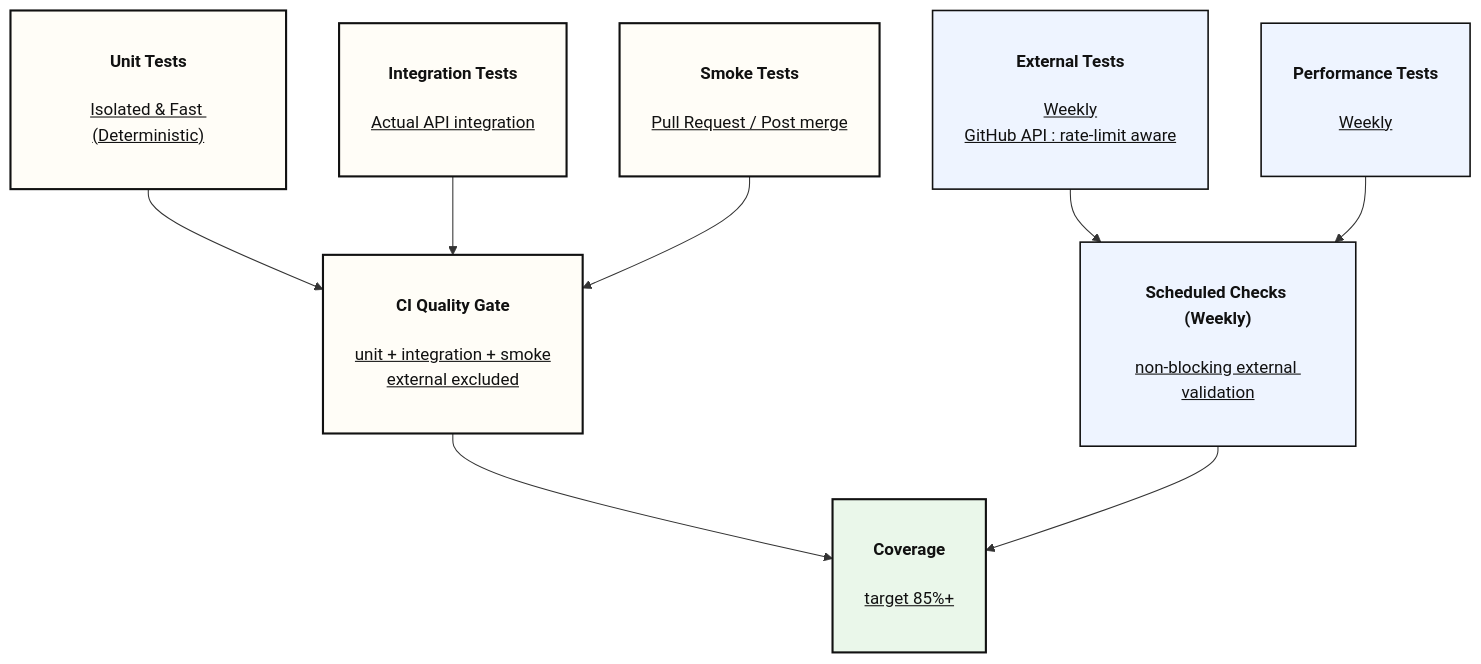
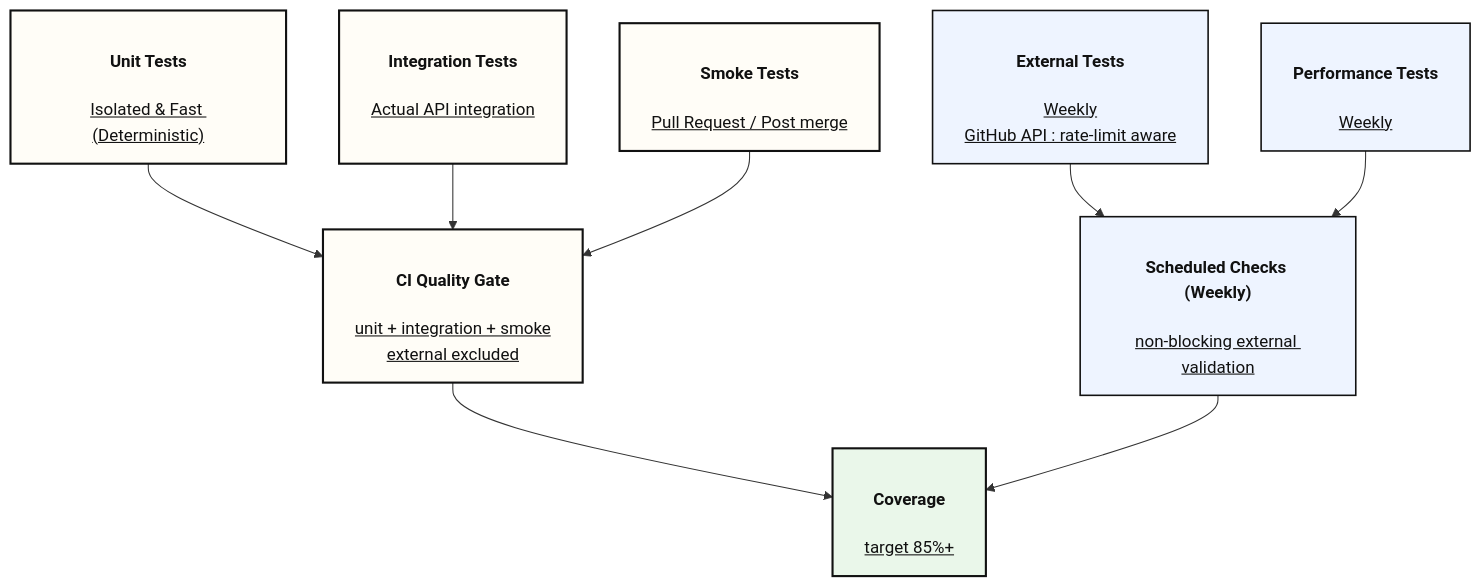
One commit to yaoki-dev/api-test-devops-portfolio changed the third of 4 diagrams in README.md. Above: the diagram before and after it, drawn with Mermaid. The commit also changed other lines of this file, not shown here.

First line of the commit message:
docs(readme): mermaid図のノードラベル改行位置を調整

````diff
--- a/README.md
+++ b/README.md
@@ -128,36 +121,29 @@
 ```mermaid
 flowchart TD
-    A["<h4>Unit Tests</h4><u>Isolated & Fast (Deterministic)</u>
-    <br/>"]
+    A["<h4>Unit Tests</h4><u>Isolated & Fast (Deterministic)</u>"]
     B["<h4>Integration Tests</h4><u>Actual API integration</u>
     <br/>"]
-    G["<h4>Smoke Tests</h4><u>Pull Request / Post merge</u>
-    <br/>"]
+    G["<h4>Smoke Tests</h4><u>Pull Request / Post merge</u>"]
 
-    A --> C["<h4>CI Quality Gate</h4><u>unit + integration + smoke<br/>external excluded</u>
-    <br/>"]
+    A --> C["<h4>CI Quality Gate</h4><u>unit + integration + smoke<br/>external excluded</u>"]
     B --> C
     G --> C
 
-    D["<h4>External Tests</h4><u>Weekly<br/>GitHub API : rate-limit aware</u>
-    <br/>"]
-    F["<h4>Performance Tests</h4><u>Weekly</u>
-    <br/>"]
+    D["<h4>External Tests</h4><u>Weekly<br/>GitHub API : rate-limit aware</u>"]
+    F["<h4>Performance Tests</h4><u>Weekly</u>"]
 
-    D --> E["<h4>Scheduled Checks (Weekly)</h4><u>non-blocking external validation</u>
-    <br/>"]
+    D --> E["<h4>Scheduled Checks (Weekly)</h4><u>non-blocking external validation</u>"]
     F --> E
 
-    C --> H["<h4>Coverage</h4><u>target 85%+</u>
-    <br/>"]
+    C --> H["<h4>Coverage</h4><u>target 85%+</u>"]
     E --> H
 
     classDef default fill:#F7F3EA,stroke:#111,stroke-width:1.5px,color:#111;
     classDef key fill:#FFFDF7,stroke:#111,stroke-width:2px,color:#111;
     classDef support fill:#EEF4FF,stroke:#111,stroke-width:1.5px,color:#111;
     classDef metric fill:#EAF7EA,stroke:#111,stroke-width:2px,color:#111;
 
     class A,B,C,G key;
     class D,E,F support;
     class H metric;
 ```
````
